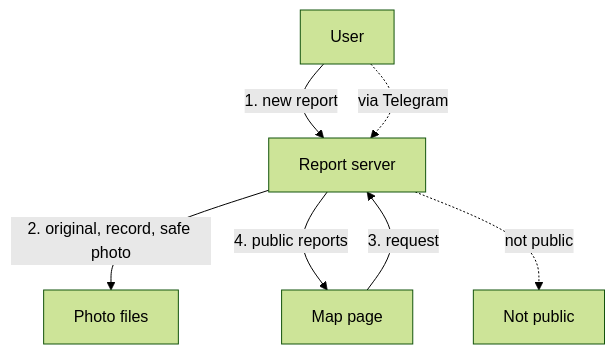
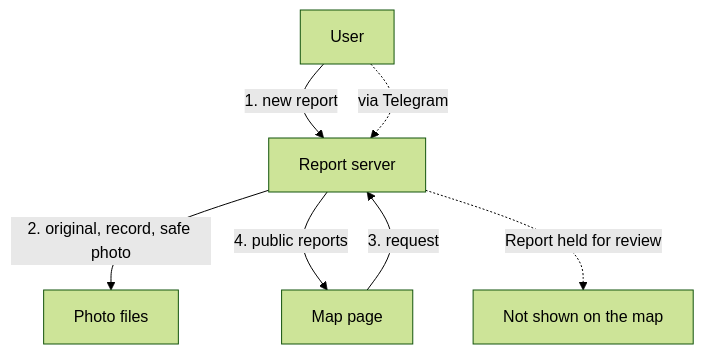
One commit to skad0/skills changed the diagram in skills/plain-explain/examples/out/street-reports-report-flow.tech-lead.md. Above: the diagram before and after it, drawn with Mermaid (forest theme). The commit also changed other lines of this file and 14 other files, not shown here.

````diff
--- a/skills/plain-explain/examples/out/street-reports-report-flow.tech-lead.md
+++ b/skills/plain-explain/examples/out/street-reports-report-flow.tech-lead.md
@@ -5,14 +5,14 @@
 ```mermaid
 flowchart TB
   client["User"]
   service["Report server"]
   storage["Photo files"]
   map["Map page"]
-  held["Not public"]
+  held["Not shown on the map"]
   client -->|"1. new report"| service
   service -->|"2. original, record, safe photo"| storage
   map -->|"3. request"| service
   service -->|"4. public reports"| map
-  service -.->|"not public"| held
+  service -.->|"Report held for review"| held
   client -.->|"via Telegram"| service
 ```
````
